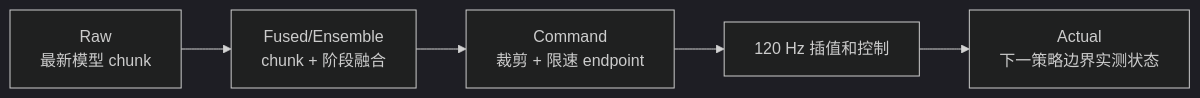
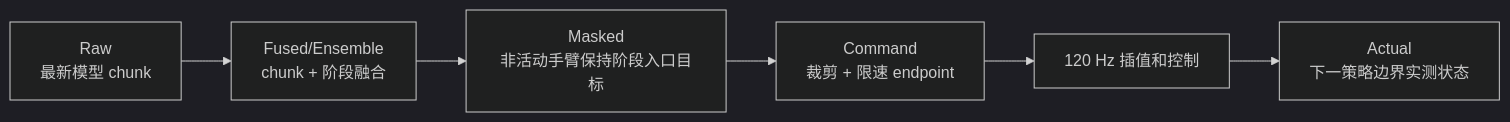
One commit to zhangfuyong888/qirobot_smolVLA changed the tenth of 12 diagrams in s4_smolvla_isaaclab/docs/course/02_PROJECT_IMPLEMENTATION.md. Above: the diagram before and after it, drawn with Mermaid (dark theme). The commit also changed other lines of this file and 24 other files, not shown here.

````diff
--- a/s4_smolvla_isaaclab/docs/course/02_PROJECT_IMPLEMENTATION.md
+++ b/s4_smolvla_isaaclab/docs/course/02_PROJECT_IMPLEMENTATION.md
@@ -941,7 +947,8 @@
 ```mermaid
 flowchart LR
     R[Raw<br/>最新模型 chunk] --> F[Fused/Ensemble<br/>chunk + 阶段融合]
-    F --> C[Command<br/>裁剪 + 限速 endpoint]
+    F --> M[Masked<br/>非活动手臂保持阶段入口目标]
+    M --> C[Command<br/>裁剪 + 限速 endpoint]
     C --> I[120 Hz 插值和控制]
     I --> A[Actual<br/>下一策略边界实测状态]
 ```
````
